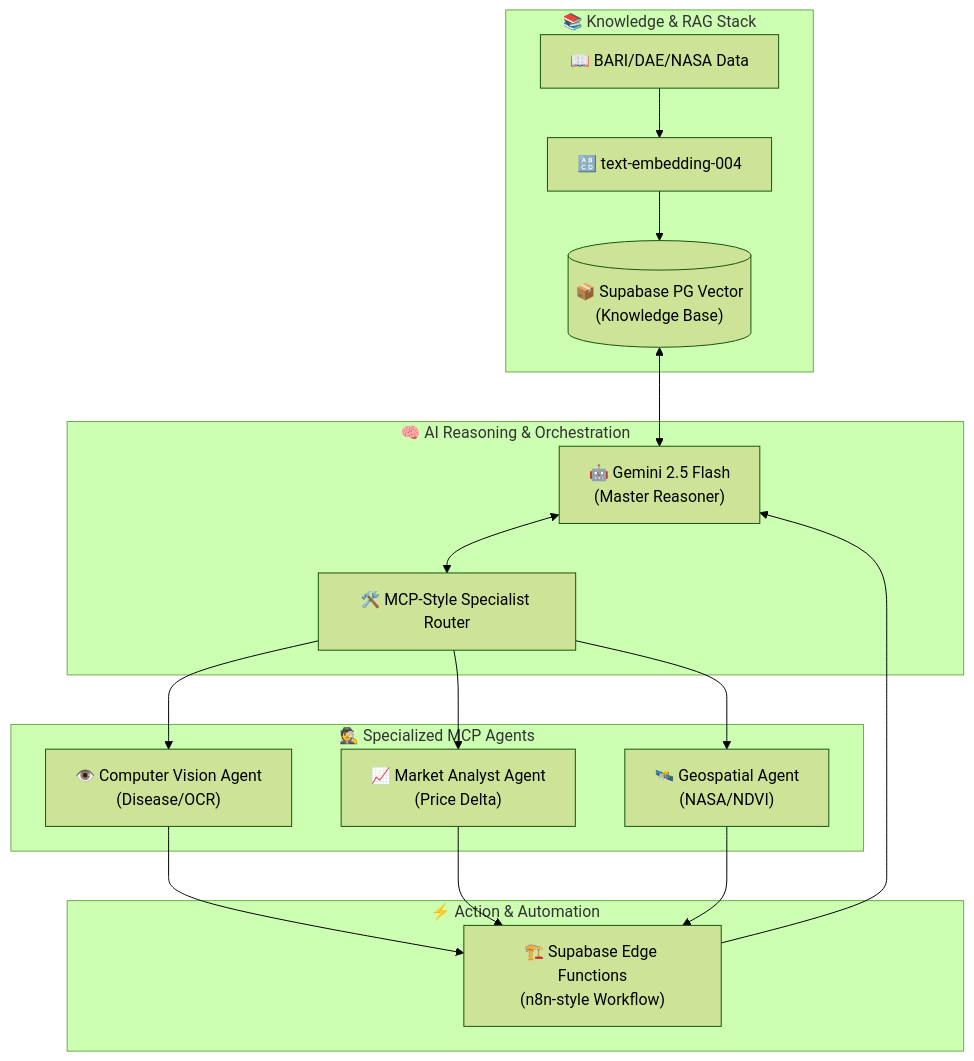
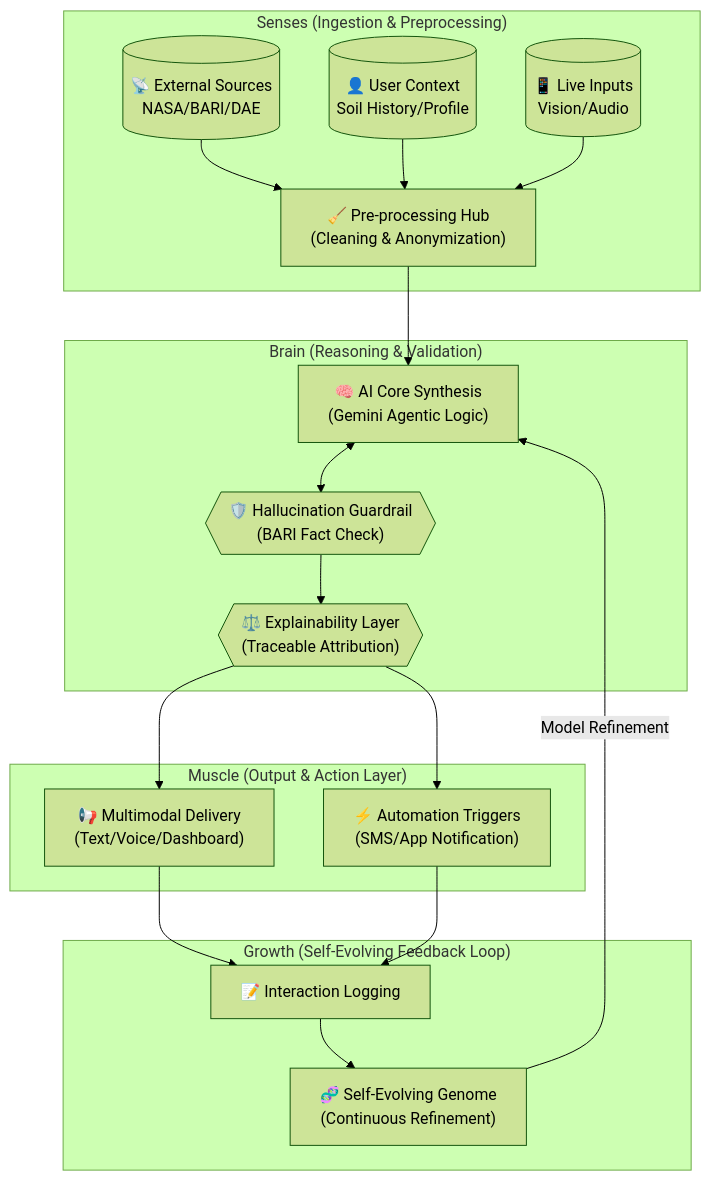
One commit to yasar-sys/agri-shokti-bangla changed the second of 2 diagrams in SYSTEM_FLOW.md. Above: the diagram before and after it, drawn with Mermaid (forest theme). The commit also changed other lines of this file and 1 other file, not shown here.

Commit message:
docs: upgrade Data Flow and Decision Logic documentation to Nervous System standard

````diff
--- a/SYSTEM_FLOW.md
+++ b/SYSTEM_FLOW.md
@@ -47,37 +47,38 @@
 ```mermaid
 graph TD
-    %% LLM & Reasoning
-    subgraph "🧠 AI Reasoning & Orchestration"
-        Gemini["🤖 Gemini 2.5 Flash<br/>(Master Reasoner)"]
-        Router["🛠️ MCP-Style Specialist Router"]
+    %% Senses: Data Ingestion
+    subgraph "Senses (Ingestion & Preprocessing)"
+        S1[("📡 External Sources<br/>NASA/BARI/DAE")] --> P1["🧹 Pre-processing Hub<br/>(Cleaning & Anonymization)"]
+        S2[("👤 User Context<br/>Soil History/Profile")] --> P1
+        S3[("📱 Live Inputs<br/>Vision/Audio")] --> P1
     end
 
-    %% RAG Stack
-    subgraph "📚 Knowledge & RAG Stack"
-        VectorDB[("📦 Supabase PG Vector<br/>(Knowledge Base)")]
-        Embed["🔠 text-embedding-004"]
-        Data["📖 BARI/DAE/NASA Data"]
+    %% Brain: Reasoning Core
+    subgraph "Brain (Reasoning & Validation)"
+        RC1["🧠 AI Core Synthesis<br/>(Gemini Agentic Logic)"]
+        RC2{{"🛡️ Hallucination Guardrail<br/>(BARI Fact Check)"}}
+        RC3{{"⚖️ Explainability Layer<br/>(Traceable Attribution)"}}
     end
 
-    %% Specialized Agents
-    subgraph "🕵️ Specialized MCP Agents"
-        VisionBot["👁️ Computer Vision Agent<br/>(Disease/OCR)"]
-        MarketBot["📈 Market Analyst Agent<br/>(Price Delta)"]
-        GeoBot["🛰️ Geospatial Agent<br/>(NASA/NDVI)"]
+    %% Movement: Action Layer
+    subgraph "Muscle (Output & Action Layer)"
+        AL1["📢 Multimodal Delivery<br/>(Text/Voice/Dashboard)"]
+        AL2["⚡ Automation Triggers<br/>(SMS/App Notification)"]
     end
 
-    %% Automation Layer
-    subgraph "⚡ Action & Automation"
-        Edge["🏗️ Supabase Edge Functions<br/>(n8n-style Workflow)"]
+    %% Feedback Loop
+    subgraph "Growth (Self-Evolving Feedback Loop)"
+        FL1["📝 Interaction Logging"]
+        FL2["🧬 Self-Evolving Genome<br/>(Continuous Refinement)"]
     end
 
     %% Connections
-    Gemini <--> Router
-    Router --> VisionBot & MarketBot & GeoBot
+    P1 --> RC1
+    RC1 <--> RC2
+    RC2 --> RC3
+    RC3 --> AL1 & AL2
     
-    Data --> Embed --> VectorDB
-    VectorDB <--> Gemini
-    
-    VisionBot & MarketBot & GeoBot --> Edge
-    Edge --> Gemini
+    AL1 & AL2 --> FL1
+    FL1 --> FL2
+    FL2 -->|Model Refinement| RC1
 ```
````
